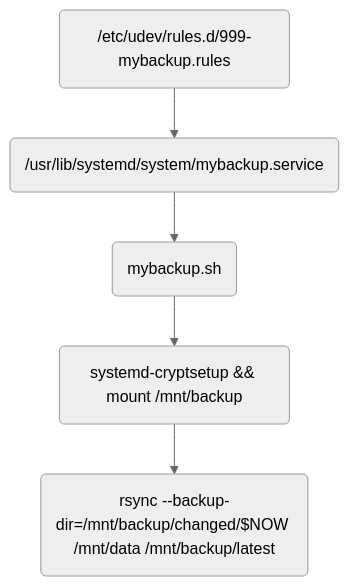
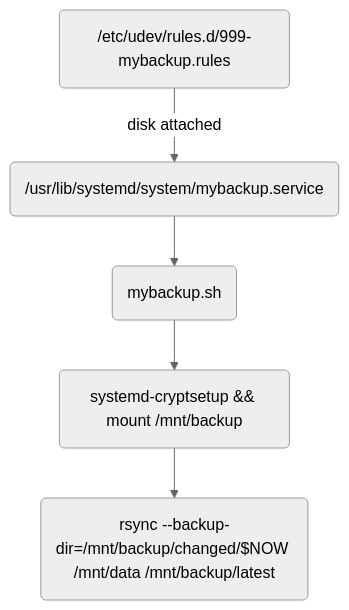
One commit to andre-st/dotfiles changed the diagram in README.md. Above: the diagram before and after it, drawn with Mermaid (neutral theme).

Commit message:
mermaid flowchart vs graph

````diff
--- a/README.md
+++ b/README.md
@@ -259,14 +259,14 @@
 ```mermaid
-graph TD
+flowchart TD
 
 	udev("/etc/udev/rules.d/999-mybackup.rules")
 	service("/usr/lib/systemd/system/mybackup.service")
 	sh("mybackup.sh")
 	mount("systemd-cryptsetup && mount /mnt/backup")
 	rsync("rsync --backup-dir=/mnt/backup/changed/$NOW /mnt/data /mnt/backup/latest")
 
-	udev -->service
-	service --> sh
-	sh --> mount
-	mount --> rsync	
+	udev-- disk attached -->service
+	service-->sh
+	sh-->mount
+	mount-->rsync	
 ```
````
